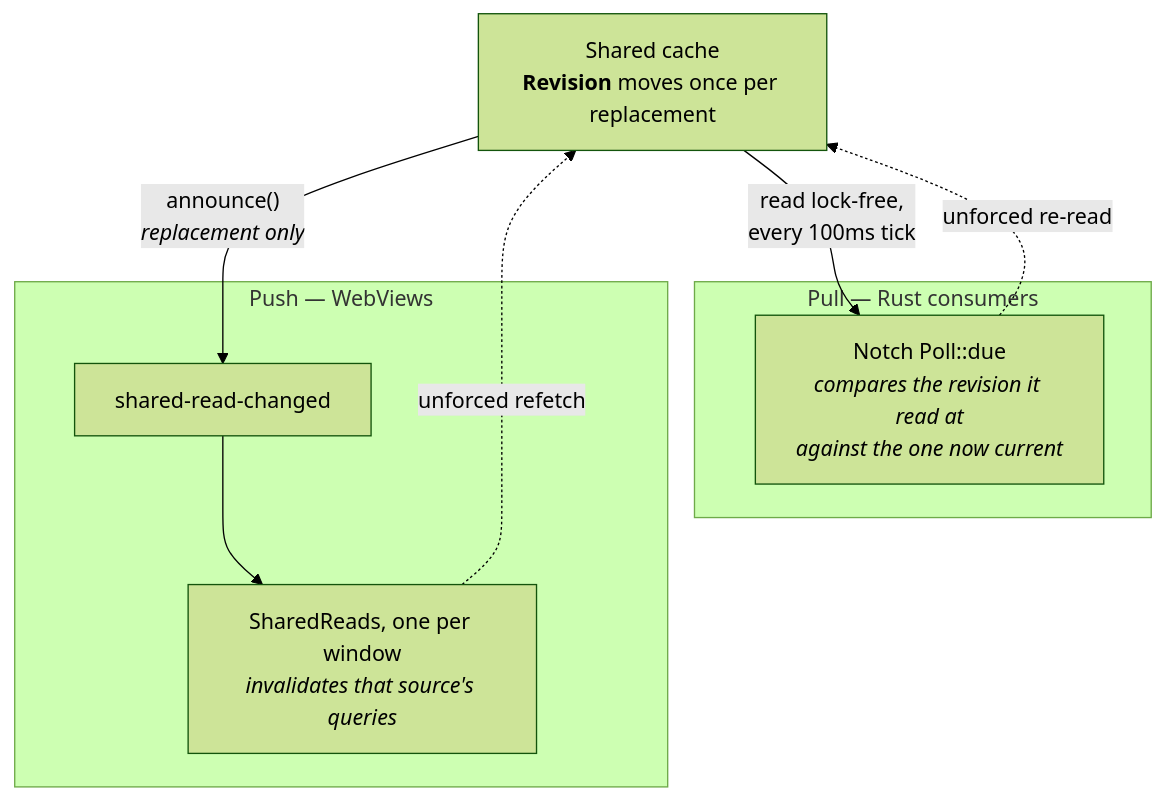
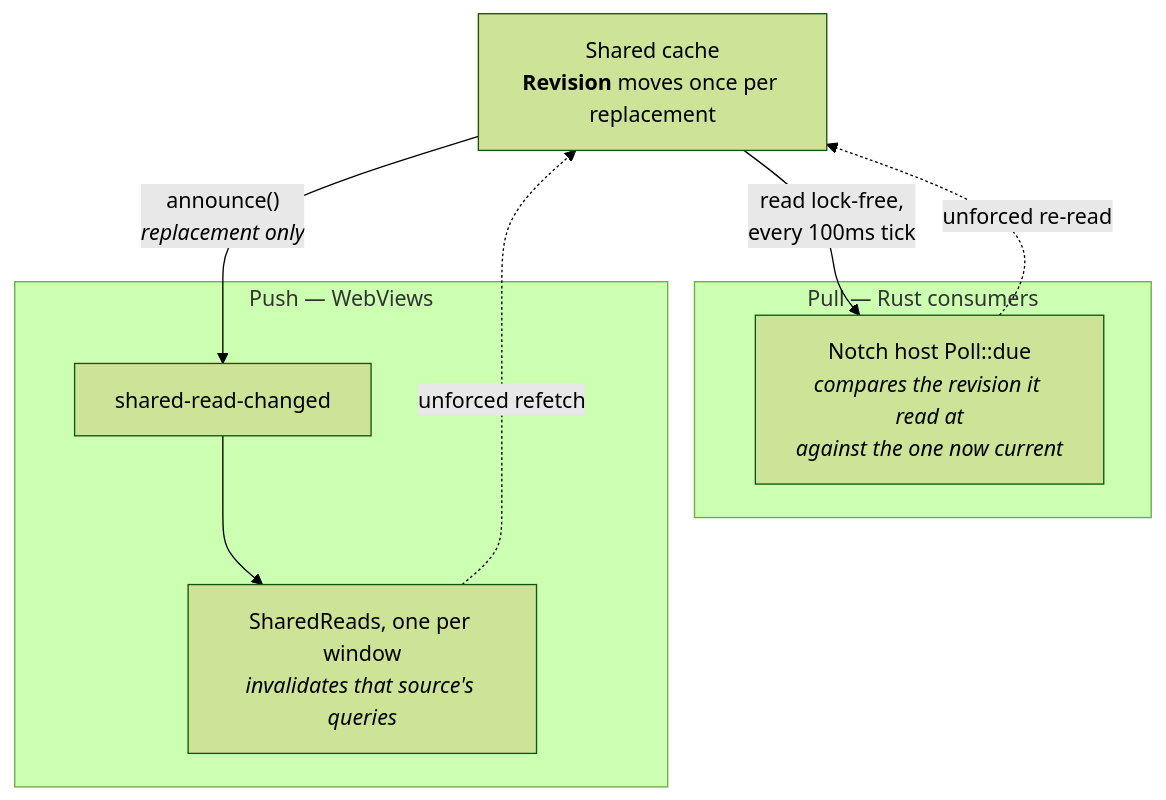
One commit to giostriquer/on-n-off changed the first of 2 diagrams in docs/architecture/shared-reads.md. Above: the diagram before and after it, drawn with Mermaid (forest theme). The commit also changed other lines of this file and 38 other files, not shown here.

First line of the commit message:
refactor: one side-notch host drives both platforms through a transport seam, and Windows now follows shared-read revisions (#83)

````diff
--- a/docs/architecture/shared-reads.md
+++ b/docs/architecture/shared-reads.md
@@ -47,18 +50,18 @@
 ```mermaid
 flowchart TB
     cache["Shared cache<br/><b>Revision</b> moves once per replacement"]
 
     subgraph pull["Pull — Rust consumers"]
-        notch["Notch Poll::due<br/><i>compares the revision it read at<br/>against the one now current</i>"]
+        notch["Notch host Poll::due<br/><i>compares the revision it read at<br/>against the one now current</i>"]
     end
 
     subgraph push["Push — WebViews"]
         ev["shared-read-changed"]
         hook["SharedReads, one per window<br/><i>invalidates that source's queries</i>"]
     end
 
     cache -->|"read lock-free,<br/>every 100ms tick"| notch
     cache -->|"announce()<br/><i>replacement only</i>"| ev --> hook
     notch -.->|"unforced re-read"| cache
     hook -.->|"unforced refetch"| cache
 ```
````
